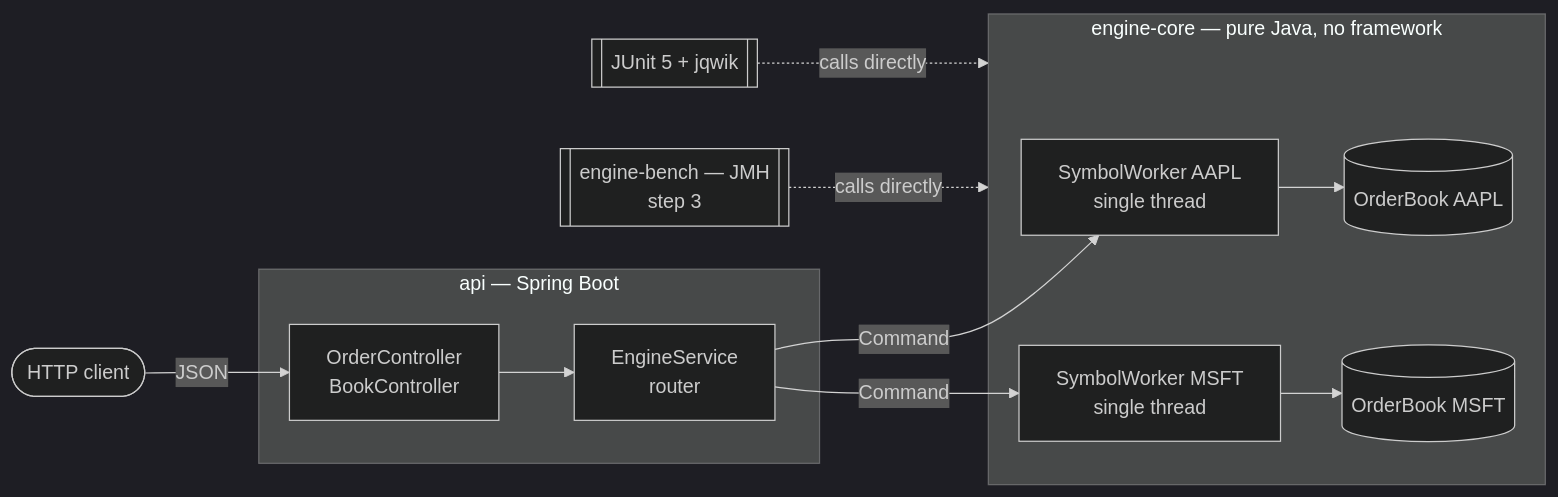
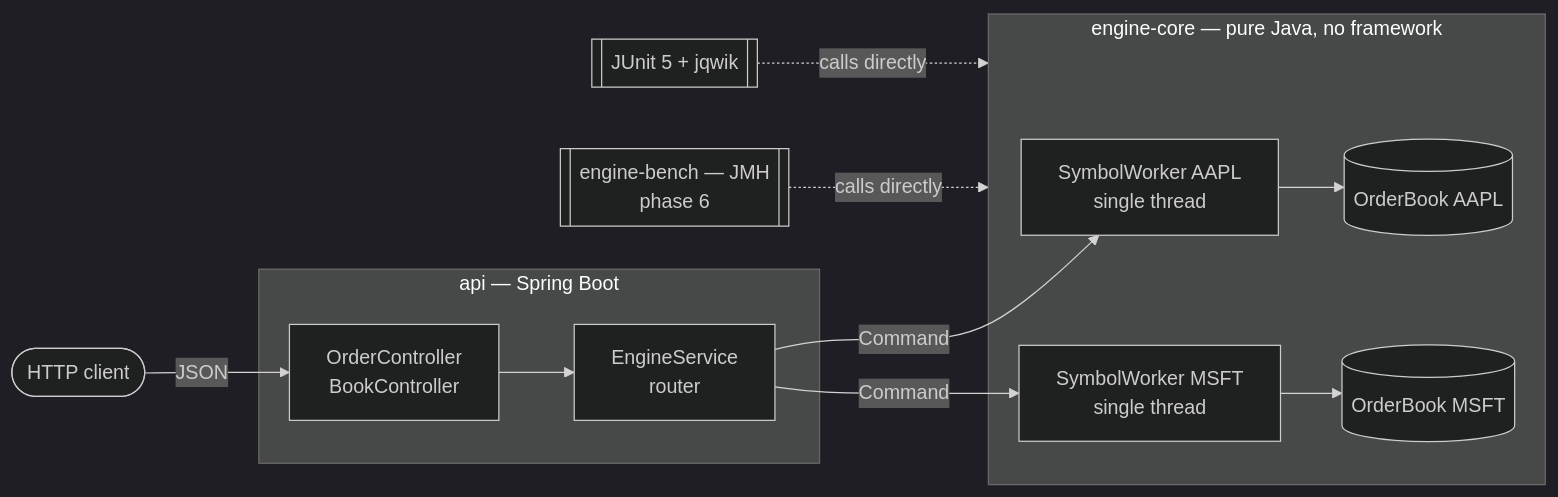
The first of 4 diagrams in README.md (Ahmed-Berrada/Order_Book), drawn with Mermaid (dark theme) before and after one commit. The commit also changed other lines of this file and 1 other file, not shown here.

First line of the commit message:
docs: phased roadmap and README for phase 1

````diff
--- a/README.md
+++ b/README.md
@@ -36,25 +38,25 @@
 ```mermaid
 flowchart LR
     client([HTTP client])
 
     subgraph api ["api — Spring Boot"]
         ctrl[OrderController<br/>BookController]
         svc[EngineService<br/>router]
     end
 
     subgraph core ["engine-core — pure Java, no framework"]
         w1[SymbolWorker AAPL<br/>single thread]
         w2[SymbolWorker MSFT<br/>single thread]
         b1[(OrderBook AAPL)]
         b2[(OrderBook MSFT)]
     end
 
-    bench[[engine-bench — JMH<br/>step 3]]
+    bench[[engine-bench — JMH<br/>phase 6]]
     tests[[JUnit 5 + jqwik]]
 
     client -->|JSON| ctrl --> svc
     svc -->|Command| w1 --> b1
     svc -->|Command| w2 --> b2
     bench -.->|calls directly| core
     tests -.->|calls directly| core
 ```
````
